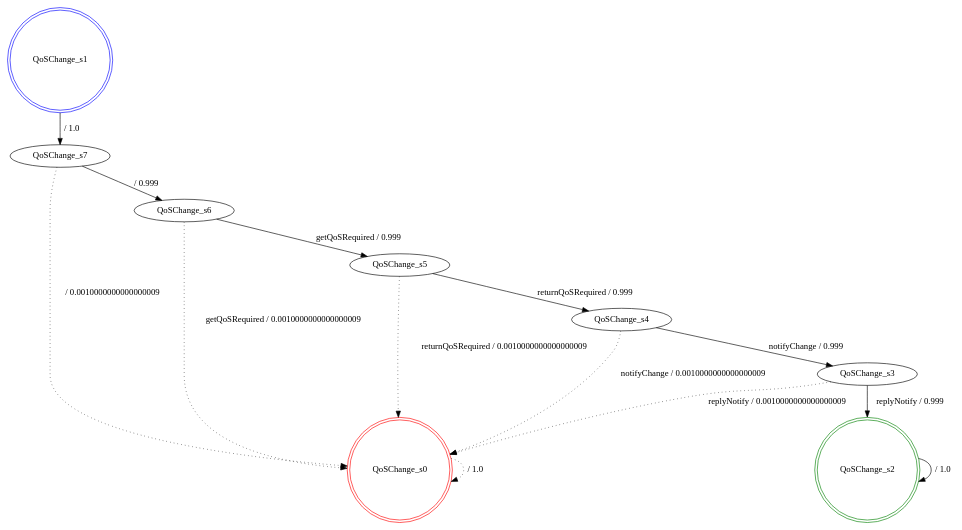
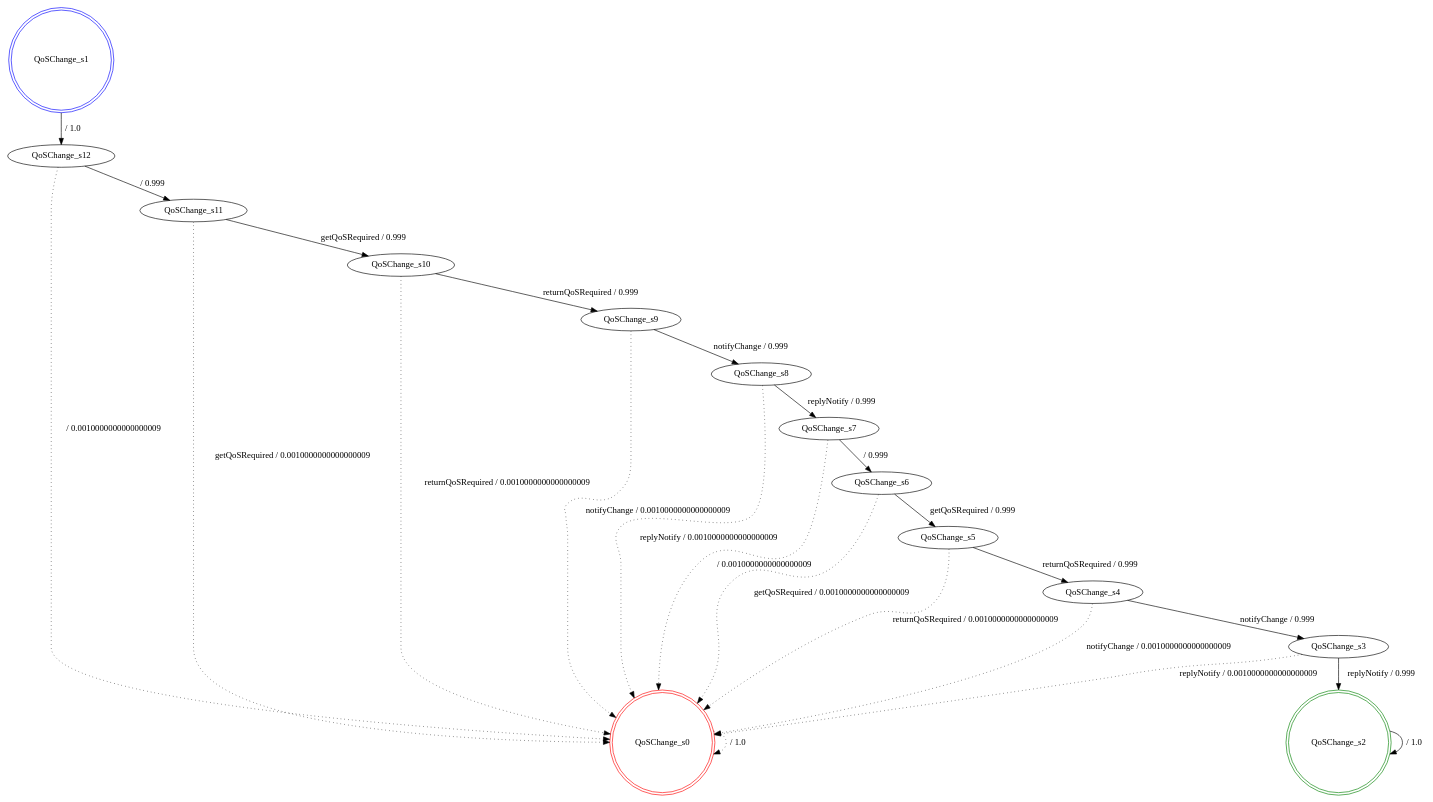
The diagram in src/generatedModels/1/fdtmc_QoSChange.dot (SPLMC/spl-generator), drawn with Graphviz before and after one commit. The commit also changed 80 other files, not shown here.

```diff
--- a/src/generatedModels/1/fdtmc_QoSChange.dot
+++ b/src/generatedModels/1/fdtmc_QoSChange.dot
@@ -1,23 +1,38 @@
 digraph graphname {
 QoSChange_s0 [label="QoSChange_s0",color=red,shape=doublecircle ];
 QoSChange_s1 [label="QoSChange_s1",color=blue,shape=doublecircle ];
 QoSChange_s2 [label="QoSChange_s2",color=green,shape=doublecircle ];
 QoSChange_s3 [label="QoSChange_s3" ];
 QoSChange_s4 [label="QoSChange_s4" ];
 QoSChange_s5 [label="QoSChange_s5" ];
 QoSChange_s6 [label="QoSChange_s6" ];
 QoSChange_s7 [label="QoSChange_s7" ];
+QoSChange_s8 [label="QoSChange_s8" ];
+QoSChange_s9 [label="QoSChange_s9" ];
+QoSChange_s10 [label="QoSChange_s10" ];
+QoSChange_s11 [label="QoSChange_s11" ];
+QoSChange_s12 [label="QoSChange_s12" ];
 QoSChange_s0 -> QoSChange_s0 [label=" / 1.0", style=dotted];
-QoSChange_s1 -> QoSChange_s7 [label=" / 1.0"];
+QoSChange_s1 -> QoSChange_s12 [label=" / 1.0"];
 QoSChange_s2 -> QoSChange_s2 [label=" / 1.0"];
 QoSChange_s3 -> QoSChange_s2 [label="replyNotify / 0.999"];
 QoSChange_s3 -> QoSChange_s0 [label="replyNotify / 0.0010000000000000009", style=dotted];
 QoSChange_s4 -> QoSChange_s3 [label="notifyChange / 0.999"];
 QoSChange_s4 -> QoSChange_s0 [label="notifyChange / 0.0010000000000000009", style=dotted];
 QoSChange_s5 -> QoSChange_s4 [label="returnQoSRequired / 0.999"];
 QoSChange_s5 -> QoSChange_s0 [label="returnQoSRequired / 0.0010000000000000009", style=dotted];
 QoSChange_s6 -> QoSChange_s5 [label="getQoSRequired / 0.999"];
 QoSChange_s6 -> QoSChange_s0 [label="getQoSRequired / 0.0010000000000000009", style=dotted];
 QoSChange_s7 -> QoSChange_s6 [label=" / 0.999"];
 QoSChange_s7 -> QoSChange_s0 [label=" / 0.0010000000000000009", style=dotted];
+QoSChange_s8 -> QoSChange_s7 [label="replyNotify / 0.999"];
+QoSChange_s8 -> QoSChange_s0 [label="replyNotify / 0.0010000000000000009", style=dotted];
+QoSChange_s9 -> QoSChange_s8 [label="notifyChange / 0.999"];
+QoSChange_s9 -> QoSChange_s0 [label="notifyChange / 0.0010000000000000009", style=dotted];
+QoSChange_s10 -> QoSChange_s9 [label="returnQoSRequired / 0.999"];
+QoSChange_s10 -> QoSChange_s0 [label="returnQoSRequired / 0.0010000000000000009", style=dotted];
+QoSChange_s11 -> QoSChange_s10 [label="getQoSRequired / 0.999"];
+QoSChange_s11 -> QoSChange_s0 [label="getQoSRequired / 0.0010000000000000009", style=dotted];
+QoSChange_s12 -> QoSChange_s11 [label=" / 0.999"];
+QoSChange_s12 -> QoSChange_s0 [label=" / 0.0010000000000000009", style=dotted];
 }
```
